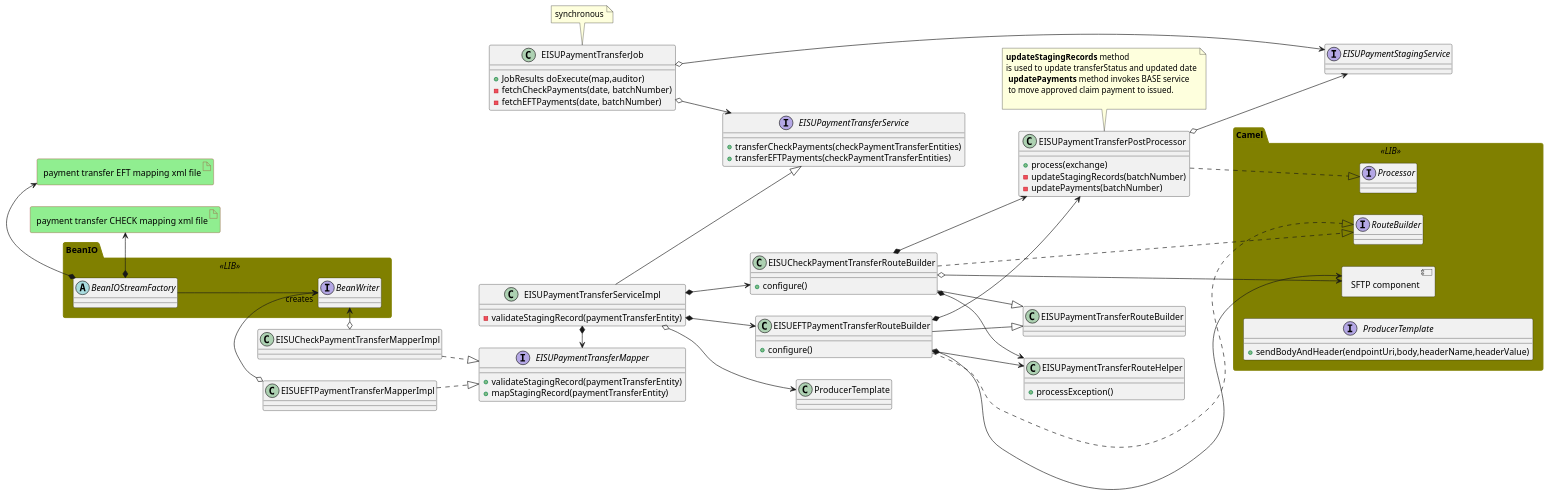
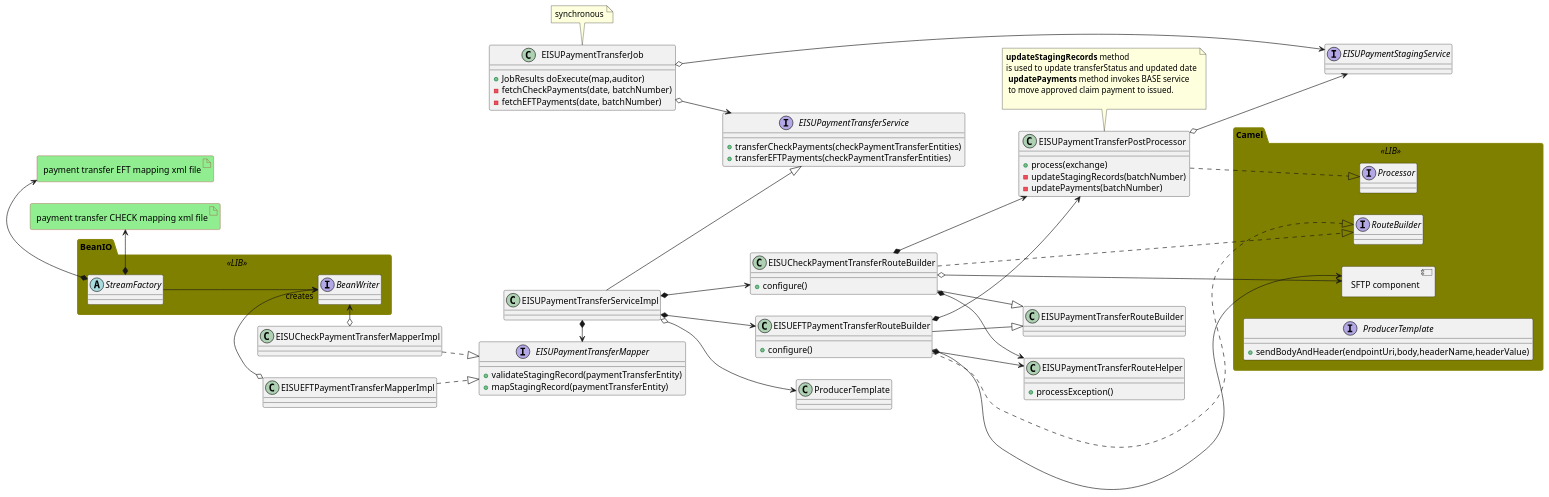
One commit to evgueni-spb/bootcamp changed the diagram in payment-transfer-class-diagram.puml. Above: the diagram before and after it, drawn with PlantUML. The commit also changed 1 other file, not shown here.

Commit message:
added payment transfer sequence diagram

```diff
--- a/payment-transfer-class-diagram.puml
+++ b/payment-transfer-class-diagram.puml
@@ -1,141 +1,141 @@
 @startuml
 allowmixing
 
 left to right direction
 
 
 
 skinparam package {
   BackgroundColor<<LIB>> olive
   BorderColor<<LIB>> olive
 }
 
 skinparam artifact {
   BackgroundColor lightgreen
   BorderColor brown
 }
 
 
 
 interface EISUPaymentStagingService
 
 
 class EISUPaymentTransferJob {
 +JobResults doExecute(map,auditor)
 -fetchCheckPayments(date, batchNumber)
 -fetchEFTPayments(date, batchNumber)
 }
 note "synchronous" as S
 S . EISUPaymentTransferJob
 
 
 
 
 
 interface EISUPaymentTransferService{
 +transferCheckPayments(checkPaymentTransferEntities)
 +transferEFTPayments(checkPaymentTransferEntities)
 }
 class EISUPaymentTransferServiceImpl{
--validateStagingRecord(paymentTransferEntity)
+
 }
 
 interface EISUPaymentTransferMapper {
  +validateStagingRecord(paymentTransferEntity)
  +mapStagingRecord(paymentTransferEntity)
 }
 
 class EISUCheckPaymentTransferMapperImpl
 EISUCheckPaymentTransferMapperImpl ..|>  EISUPaymentTransferMapper
 class EISUEFTPaymentTransferMapperImpl
 EISUEFTPaymentTransferMapperImpl ..|>  EISUPaymentTransferMapper
 
 EISUPaymentTransferServiceImpl *->  EISUPaymentTransferMapper
 
 EISUPaymentTransferServiceImpl o--> ProducerTemplate
 
 
 package Camel <<LIB>> {
 component "SFTP component"
 interface RouteBuilder
 interface Processor
 interface ProducerTemplate {
 +sendBodyAndHeader(endpointUri,body,headerName,headerValue)
 }
 }
 
 
 
 class EISUPaymentTransferRouteHelper {
 +processException()
 }
 EISUCheckPaymentTransferRouteBuilder ..|> RouteBuilder
 EISUCheckPaymentTransferRouteBuilder *--> EISUPaymentTransferPostProcessor
 EISUCheckPaymentTransferRouteBuilder o--> "SFTP component"
 
 EISUEFTPaymentTransferRouteBuilder *--> EISUPaymentTransferRouteHelper
 EISUCheckPaymentTransferRouteBuilder *--> EISUPaymentTransferRouteHelper
 
 EISUEFTPaymentTransferRouteBuilder ..|> RouteBuilder
 EISUEFTPaymentTransferRouteBuilder *--> EISUPaymentTransferPostProcessor
 EISUEFTPaymentTransferRouteBuilder o--> "SFTP component"
 
 class EISUCheckPaymentTransferRouteBuilder {
 +configure()
 }
 
 class EISUEFTPaymentTransferRouteBuilder {
 +configure()
 }
 
 EISUCheckPaymentTransferRouteBuilder --|> EISUPaymentTransferRouteBuilder
 EISUEFTPaymentTransferRouteBuilder -|> EISUPaymentTransferRouteBuilder
 
 
 class EISUPaymentTransferPostProcessor {
 +process(exchange)
 -updateStagingRecords(batchNumber)
 -updatePayments(batchNumber)
 }
 
 note as PRA
 <b>updateStagingRecords</b> method
 is used to update transferStatus and updated date
  <b>updatePayments</b> method invokes BASE service
  to move approved claim payment to issued.
 
 end note
 
 PRA . EISUPaymentTransferPostProcessor
 
 EISUPaymentTransferPostProcessor ..|> Processor
 EISUPaymentTransferPostProcessor o--> EISUPaymentStagingService
 
 package BeanIO <<LIB>> {
-abstract class BeanIOStreamFactory
+abstract class StreamFactory
 interface BeanWriter
 
 
-BeanIOStreamFactory --> "creates" BeanWriter
+StreamFactory --> "creates" BeanWriter
 }
 artifact "payment transfer CHECK mapping xml file"
 artifact "payment transfer EFT mapping xml file"
 
 
 EISUCheckPaymentTransferMapperImpl o-> BeanWriter
 EISUEFTPaymentTransferMapperImpl o-> BeanWriter
 EISUPaymentTransferServiceImpl *--> EISUCheckPaymentTransferRouteBuilder
 EISUPaymentTransferServiceImpl *--> EISUEFTPaymentTransferRouteBuilder
 
-BeanIOStreamFactory *-> "payment transfer CHECK mapping xml file"
-BeanIOStreamFactory *-> "payment transfer EFT mapping xml file"
+StreamFactory *-> "payment transfer CHECK mapping xml file"
+StreamFactory *-> "payment transfer EFT mapping xml file"
 
 
 EISUPaymentTransferJob o-> EISUPaymentStagingService
 EISUPaymentTransferJob o--> EISUPaymentTransferService
 
 EISUPaymentTransferServiceImpl --|> EISUPaymentTransferService
 
 
 
 @enduml
```
